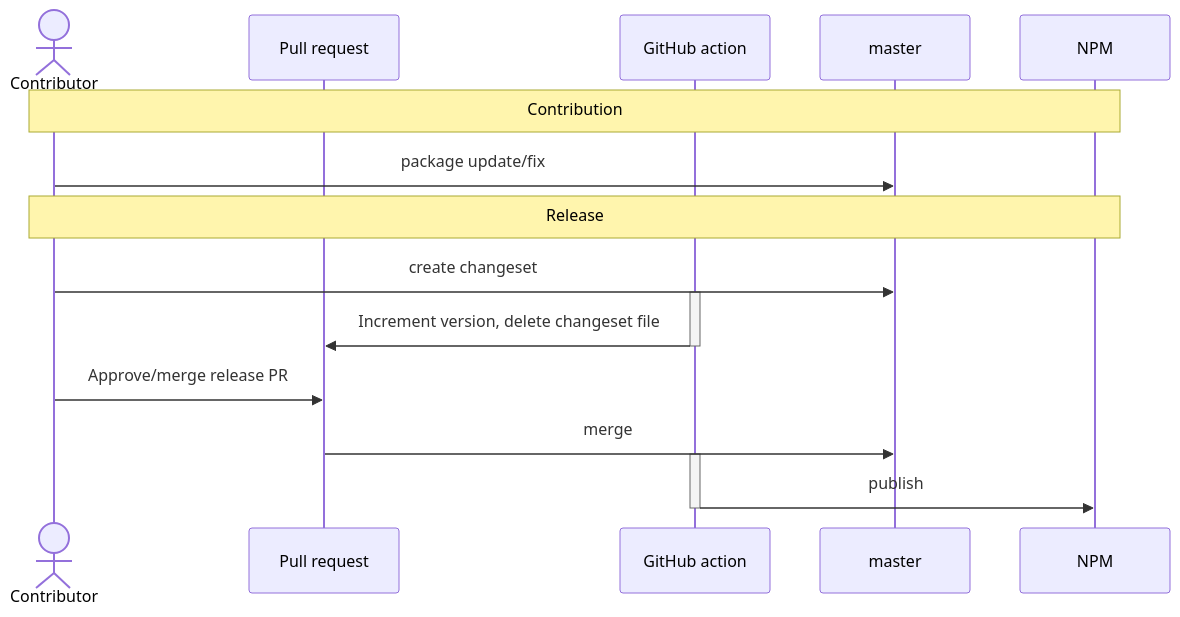
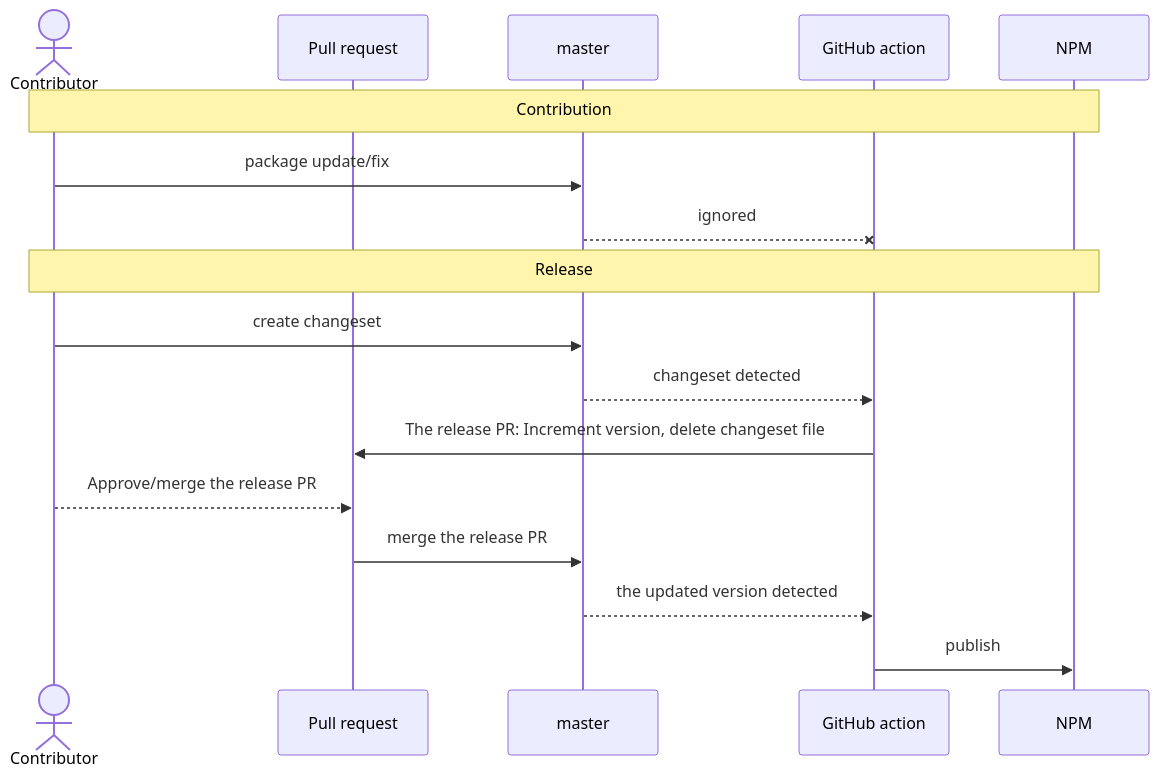
Before and after one commit to serjilyashenko/simple-pie-project: the diagram in docs/package-publishing.md, drawn with Mermaid.

Commit message:
docs(package-publishing) improve the changeset flow diagram

````diff
--- a/docs/package-publishing.md
+++ b/docs/package-publishing.md
@@ -8,20 +8,19 @@
 ```mermaid
 sequenceDiagram
     actor C as Contributor
     participant PR as Pull request
+    participant M as master
     participant GA as GitHub action
-    participant M as master
     participant NPM
     Note over C,NPM: Contribution
     C->>M: package update/fix
+    M--xGA: ignored
     Note over C,NPM: Release
     C->>M: create changeset
-    activate GA
-      GA->>PR: Increment version, delete changeset file
-    deactivate GA
-    C->>PR: Approve/merge release PR
-    PR->>M: merge
-    activate GA
-      GA->> NPM: publish
-    deactivate GA
+    M-->>GA: changeset detected
+    GA->>PR: The release PR: Increment version, delete changeset file
+    C-->>PR: Approve/merge the release PR
+    PR->>M: merge the release PR
+    M-->>GA: the updated version detected
+    GA->> NPM: publish
 ```
````
